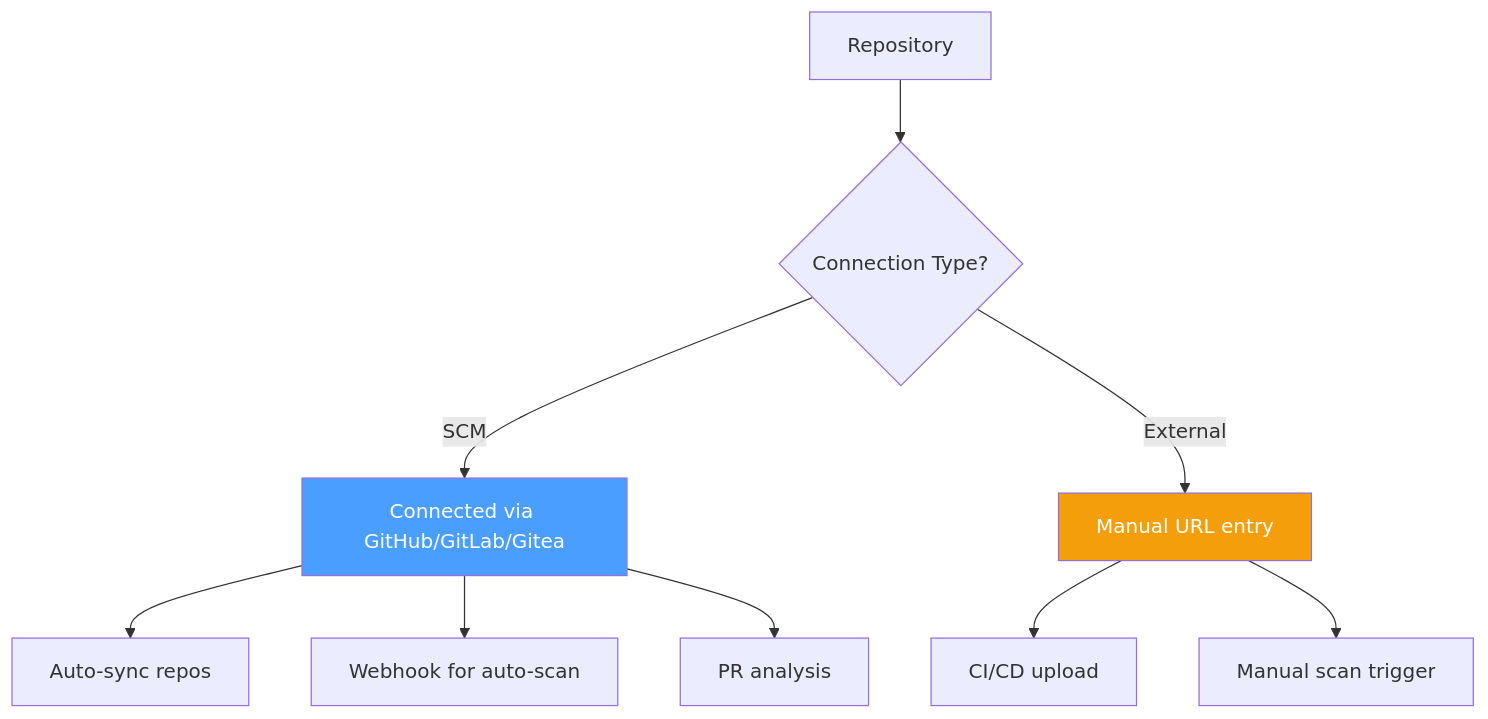
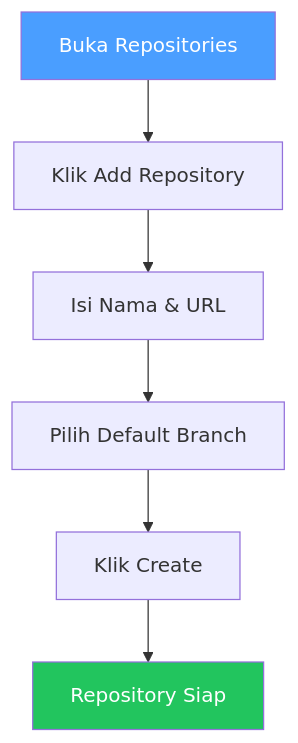
The first of 2 diagrams in docs/site/content/features/repositories.md (raihanachmad8/sast-integration), drawn with Mermaid before and after one commit. The commit also changed other lines of this file and 52 other files, not shown here.

````diff
--- a/docs/site/content/features/repositories.md
+++ b/docs/site/content/features/repositories.md
@@ -22,16 +28,11 @@
 ```mermaid
 flowchart TD
-    A["Repository"] --> B{"Connection Type?"}
-    B -->|"SCM"| C["Connected via GitHub/GitLab/Gitea"]
-    B -->|"External"| D["Manual URL entry"]
+    A["Buka Repositories"] --> B["Klik Add Repository"]
+    B --> C["Isi Nama & URL"]
+    C --> D["Pilih Default Branch"]
+    D --> E["Klik Create"]
+    E --> F["Repository Siap"]
 
-    C --> E["Auto-sync repos"]
-    C --> F["Webhook for auto-scan"]
-    C --> G["PR analysis"]
-
-    D --> H["CI/CD upload"]
-    D --> I["Manual scan trigger"]
-
-    style C fill:#4a9eff,color:#fff
-    style D fill:#f59e0b,color:#fff
+    style A fill:#4a9eff,color:#fff
+    style F fill:#22c55e,color:#fff
 ```
````
